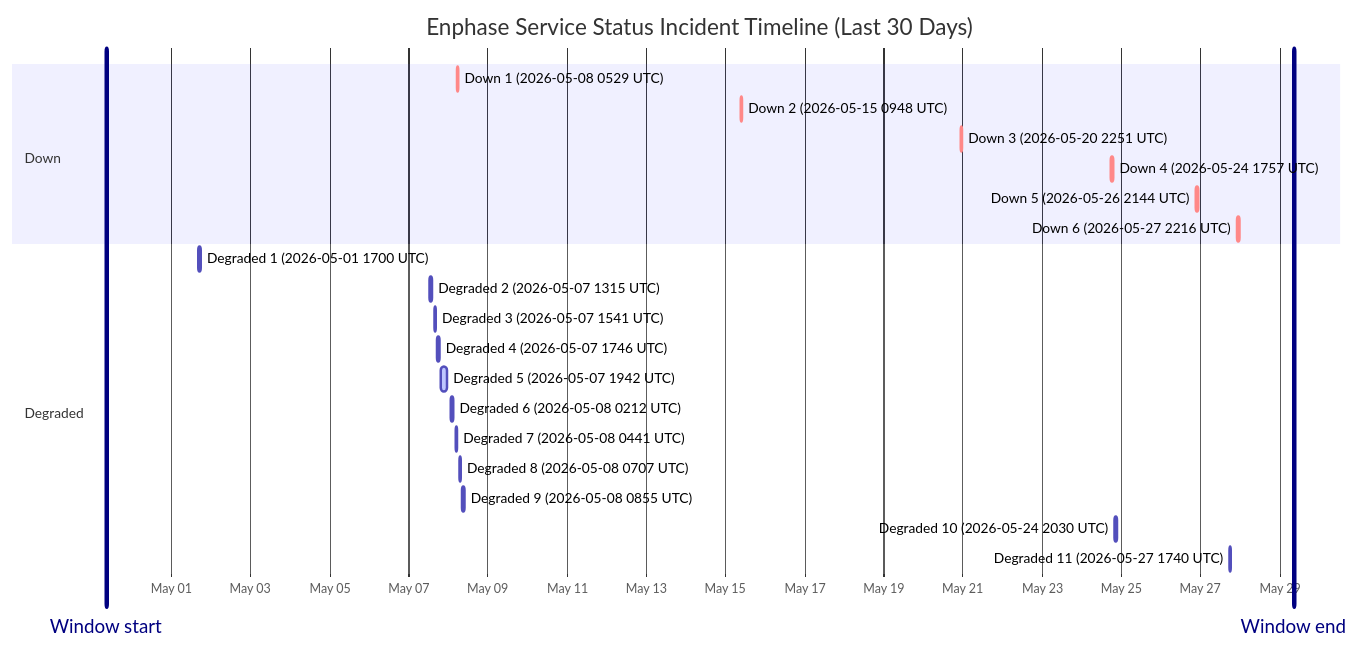
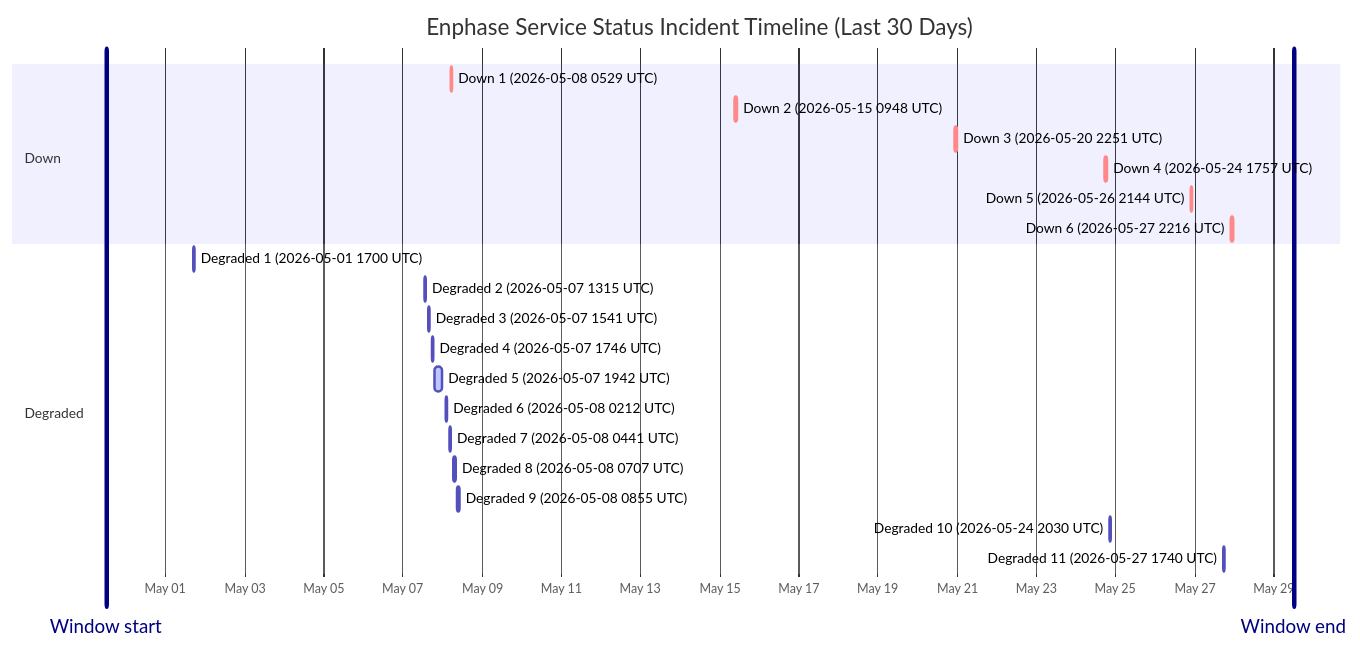
One commit to barneyonline/ha-enphase-ev-charger changed the diagram in wiki/Service-Status-History.md. Above: the diagram before and after it, drawn with Mermaid. The commit also changed other lines of this file and 3 other files, not shown here.

````diff
--- a/wiki/Service-Status-History.md
+++ b/wiki/Service-Status-History.md
@@ -14,27 +14,27 @@
 ```mermaid
 gantt
     title Enphase Service Status Incident Timeline (Last 30 Days)
     dateFormat  YYYY-MM-DDTHH:mm:ss
     axisFormat  %b %d
-    Window start :vert, window-start, 2026-04-29T08:41:00, 0ms
-    Window end :vert, window-end, 2026-05-29T08:41:00, 0ms
+    Window start :vert, window-start, 2026-04-29T12:14:56, 0ms
+    Window end :vert, window-end, 2026-05-29T12:14:56, 0ms
     section Down
     Down 1 (2026-05-08 0529 UTC) :crit, down-1, 2026-05-08T05:29:47, 60m
     Down 2 (2026-05-15 0948 UTC) :crit, down-2, 2026-05-15T09:48:18, 60m
     Down 3 (2026-05-20 2251 UTC) :crit, down-3, 2026-05-20T22:51:14, 75m
     Down 4 (2026-05-24 1757 UTC) :crit, down-4, 2026-05-24T17:57:41, 86m
     Down 5 (2026-05-26 2144 UTC) :crit, down-5, 2026-05-26T21:44:11, 85m
     Down 6 (2026-05-27 2216 UTC) :crit, down-6, 2026-05-27T22:16:53, 87m
     section Degraded
     Degraded 1 (2026-05-01 1700 UTC) :active, degraded-1, 2026-05-01T17:00:22, 60m
     Degraded 2 (2026-05-07 1315 UTC) :active, degraded-2, 2026-05-07T13:15:25, 60m
     Degraded 3 (2026-05-07 1541 UTC) :active, degraded-3, 2026-05-07T15:41:58, 60m
     Degraded 4 (2026-05-07 1746 UTC) :active, degraded-4, 2026-05-07T17:46:51, 60m
     Degraded 5 (2026-05-07 1942 UTC) :active, degraded-5, 2026-05-07T19:42:10, 249m
     Degraded 6 (2026-05-08 0212 UTC) :active, degraded-6, 2026-05-08T02:12:39, 60m
     Degraded 7 (2026-05-08 0441 UTC) :active, degraded-7, 2026-05-08T04:41:46, 60m
     Degraded 8 (2026-05-08 0707 UTC) :active, degraded-8, 2026-05-08T07:07:30, 60m
     Degraded 9 (2026-05-08 0855 UTC) :active, degraded-9, 2026-05-08T08:55:20, 88m
     Degraded 10 (2026-05-24 2030 UTC) :active, degraded-10, 2026-05-24T20:30:57, 84m
     Degraded 11 (2026-05-27 1740 UTC) :active, degraded-11, 2026-05-27T17:40:52, 60m
 ```
````
